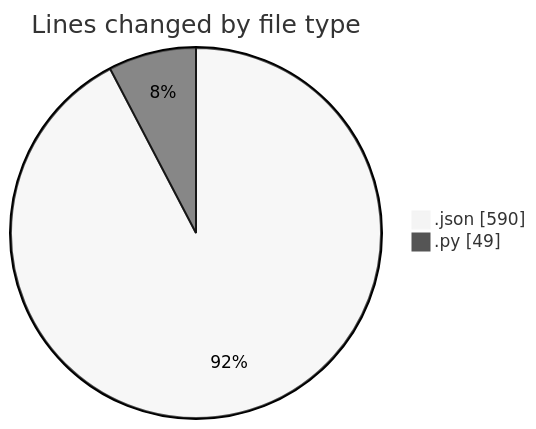
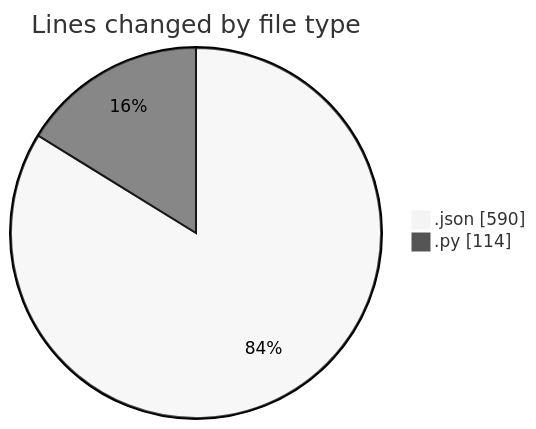
Before and after one commit to EIIisD/code-tracking: the first of 2 diagrams in 2025-07-13/new_folder_with_items_3/README.md, drawn with Mermaid (neutral theme). The commit also changed other lines of this file and 1 other file, not shown here.

````diff
--- a/2025-07-13/new_folder_with_items_3/README.md
+++ b/2025-07-13/new_folder_with_items_3/README.md
@@ -21,6 +22,6 @@
 ```mermaid
 pie showData
 title Lines changed by file type
 ".json" : 590
-".py" : 49
+".py" : 114
 ```
````
